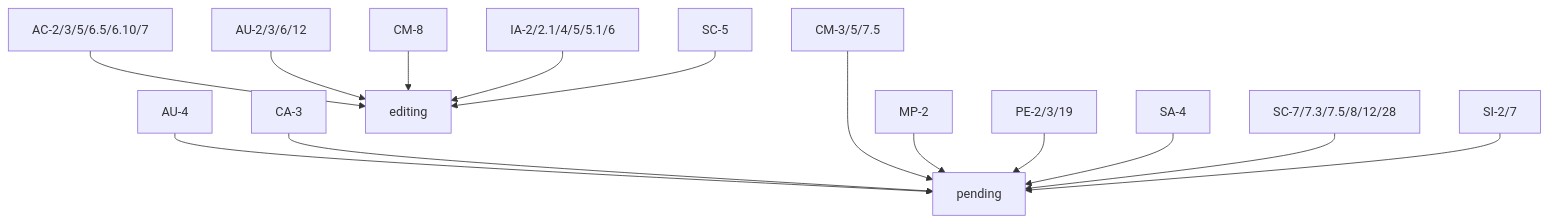
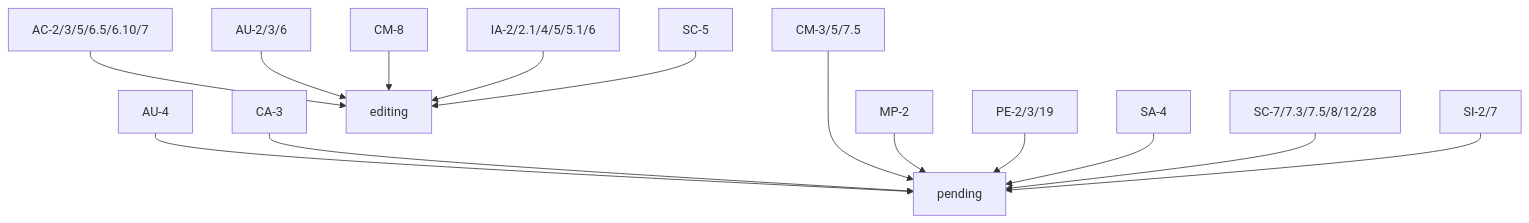
Before and after one commit to GoogleCloudPlatform/pbmm-on-gcp-onboarding: the second of 2 diagrams in docs/google-cloud-security-controls.md, drawn with Mermaid. The commit also changed other lines of this file, not shown here.

````diff
--- a/docs/google-cloud-security-controls.md
+++ b/docs/google-cloud-security-controls.md
@@ -46,25 +47,25 @@
 ```mermaid
 graph TD;
     AU-4-->pending;
     CA-3-->pending;
     CM-3/5/7.5--->pending;
     
     AC-2/3/5/6.5/6.10/7-->editing;
 
-    AU-2/3/6/12-->editing;
+    AU-2/3/6-->editing;
 
     CM-8-->editing;
 
     IA-2/2.1/4/5/5.1/6-->editing;
     
     MP-2-->pending;
     PE-2/3/19-->pending;
     
     SA-4-->pending;
     SC-7/7.3/7.5/8/12/28-->pending;
     
     SC-5-->editing;
     
     SI-2/7-->pending;
 
 ```
````
